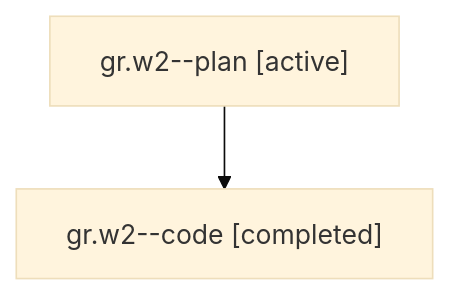
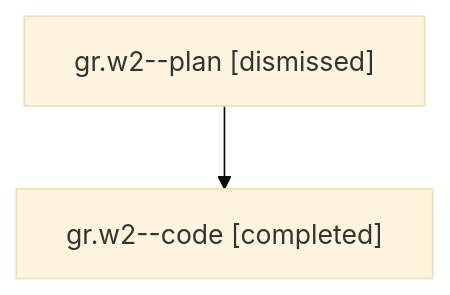
Before and after one commit to sase-org/sase--agents: the diagram in sessions/bbugyi200.athena.gr.w2.md, drawn with Mermaid (base theme). The commit also changed other lines of this file and 29 other files, not shown here.

````diff
--- a/sessions/bbugyi200.athena.gr.w2.md
+++ b/sessions/bbugyi200.athena.gr.w2.md
@@ -9,6 +9,6 @@
 ```mermaid
 flowchart TD
-  n0["gr.w2--plan [active]"]
+  n0["gr.w2--plan [dismissed]"]
   n1["gr.w2--code [completed]"]
   n0 --> n1
 ```
````
